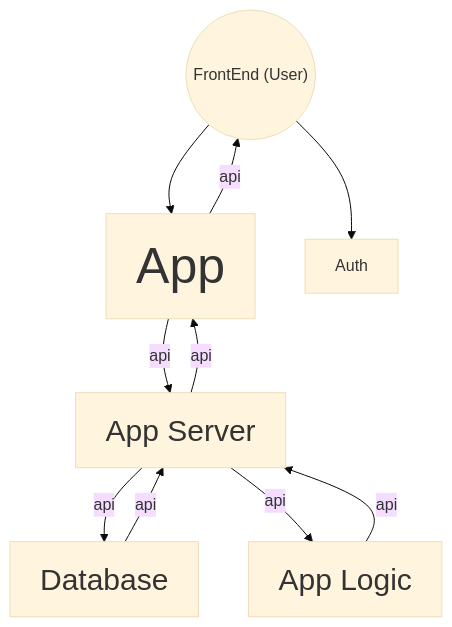
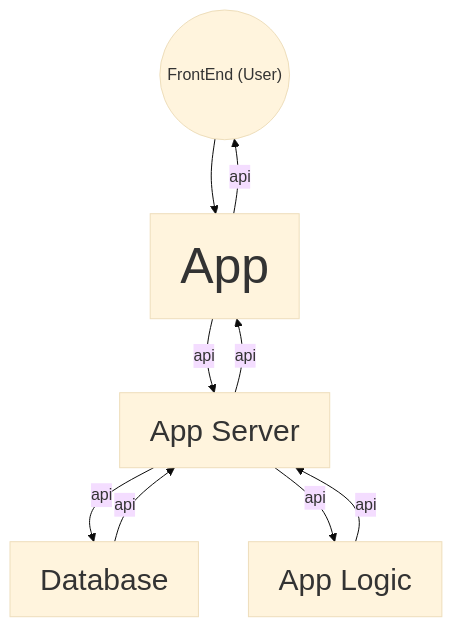
The second of 2 diagrams in docs/architecture.md (ZeroToRust/newsletter-rs), drawn with Mermaid (base theme) before and after one commit.

Commit message:
chore: Fixed the diagram to give a clear discription

````diff
--- a/docs/architecture.md
+++ b/docs/architecture.md
@@ -44,16 +44,15 @@
 ```mermaid 
 
 flowchart TD
     A(("FrontEnd (User)")) -->  B[App]:::larger
     B --api--> A
-    A --> F[Auth] 
     E--api--> C["Database "]:::large
     C --api--> E
     D[App Logic]:::large --api--> E
     E --api--> D
     E --api--> B
     B --api--> E[App Server]:::large
 
 classDef large font-size:30px;
 classDef larger font-size:50px; 
 ```
````
